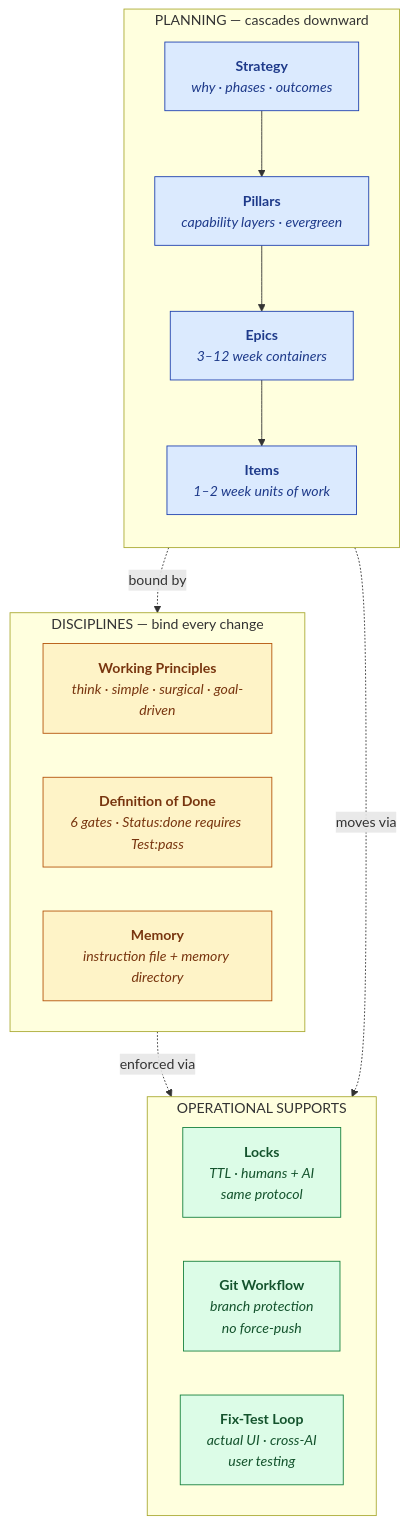
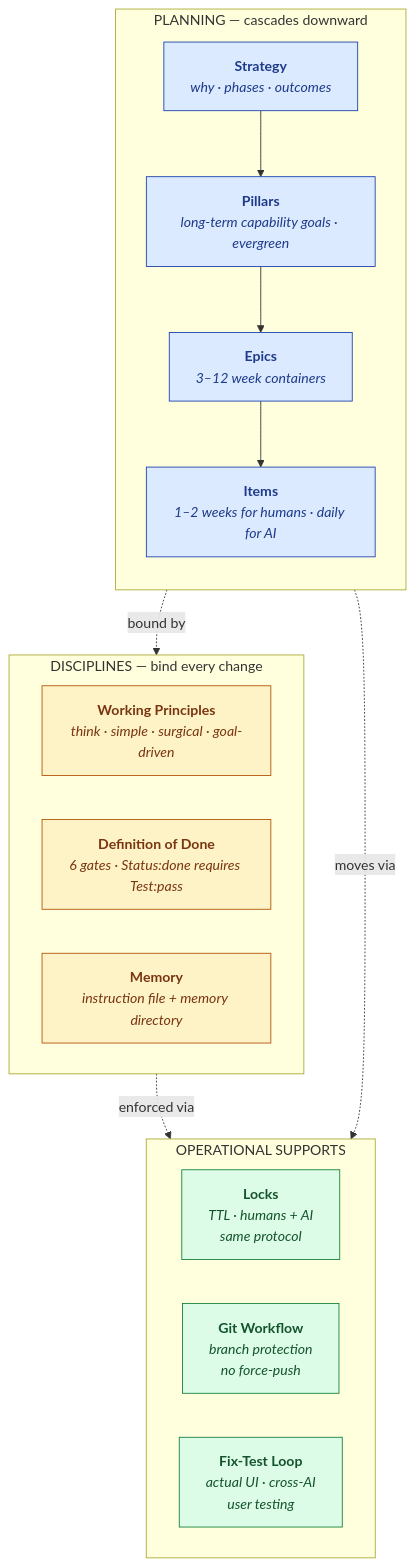
Before and after one commit to Korner83/ai-development-methodology: the first of 2 diagrams in README.md, drawn with Mermaid. The commit also changed other lines of this file and 1 other file, not shown here.

First paragraph of the commit message:
release: v1.4.2 — diagram refinements (pillars as long-term goals + items sized by contributor)
Two small label refinements to the README diagrams from v1.4.1,
based on maintainer feedback.

````diff
--- a/README.md
+++ b/README.md
@@ -27,37 +27,37 @@
 ```mermaid
 flowchart TB
     classDef planning fill:#dbeafe,stroke:#1e40af,color:#1e3a8a
     classDef discipline fill:#fef3c7,stroke:#b45309,color:#78350f
     classDef support fill:#dcfce7,stroke:#15803d,color:#14532d
 
     subgraph PLANNING [" PLANNING — cascades downward "]
         direction TB
         S["<b>Strategy</b><br/><i>why · phases · outcomes</i>"]
-        P["<b>Pillars</b><br/><i>capability layers · evergreen</i>"]
+        P["<b>Pillars</b><br/><i>long-term capability goals · evergreen</i>"]
         E["<b>Epics</b><br/><i>3–12 week containers</i>"]
-        I["<b>Items</b><br/><i>1–2 week units of work</i>"]
+        I["<b>Items</b><br/><i>1–2 weeks for humans · daily for AI</i>"]
         S --> P --> E --> I
     end
 
     subgraph DISCIPLINE [" DISCIPLINES — bind every change "]
         direction LR
         W["<b>Working Principles</b><br/><i>think · simple · surgical · goal-driven</i>"]
         D["<b>Definition of Done</b><br/><i>6 gates · Status:done requires Test:pass</i>"]
         M["<b>Memory</b><br/><i>instruction file + memory directory</i>"]
     end
 
     subgraph SUPPORT [" OPERATIONAL SUPPORTS "]
         direction LR
         L["<b>Locks</b><br/><i>TTL · humans + AI<br/>same protocol</i>"]
         G["<b>Git Workflow</b><br/><i>branch protection<br/>no force-push</i>"]
         T["<b>Fix-Test Loop</b><br/><i>actual UI · cross-AI<br/>user testing</i>"]
     end
 
     PLANNING -.->|bound by| DISCIPLINE
     DISCIPLINE -.->|enforced via| SUPPORT
     PLANNING -.->|moves via| SUPPORT
 
     class S,P,E,I planning
     class W,D,M discipline
     class L,G,T support
 ```
````
